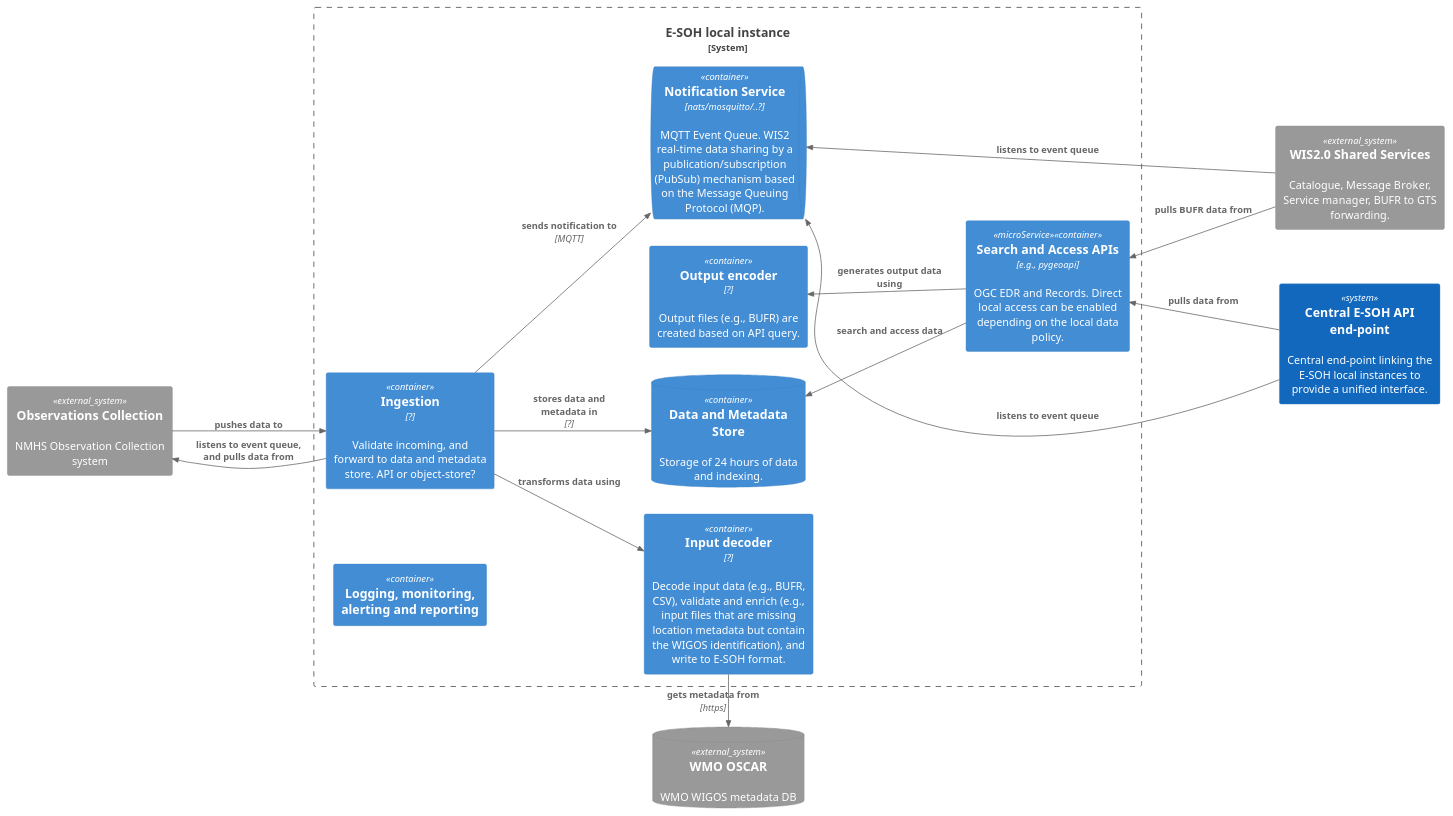
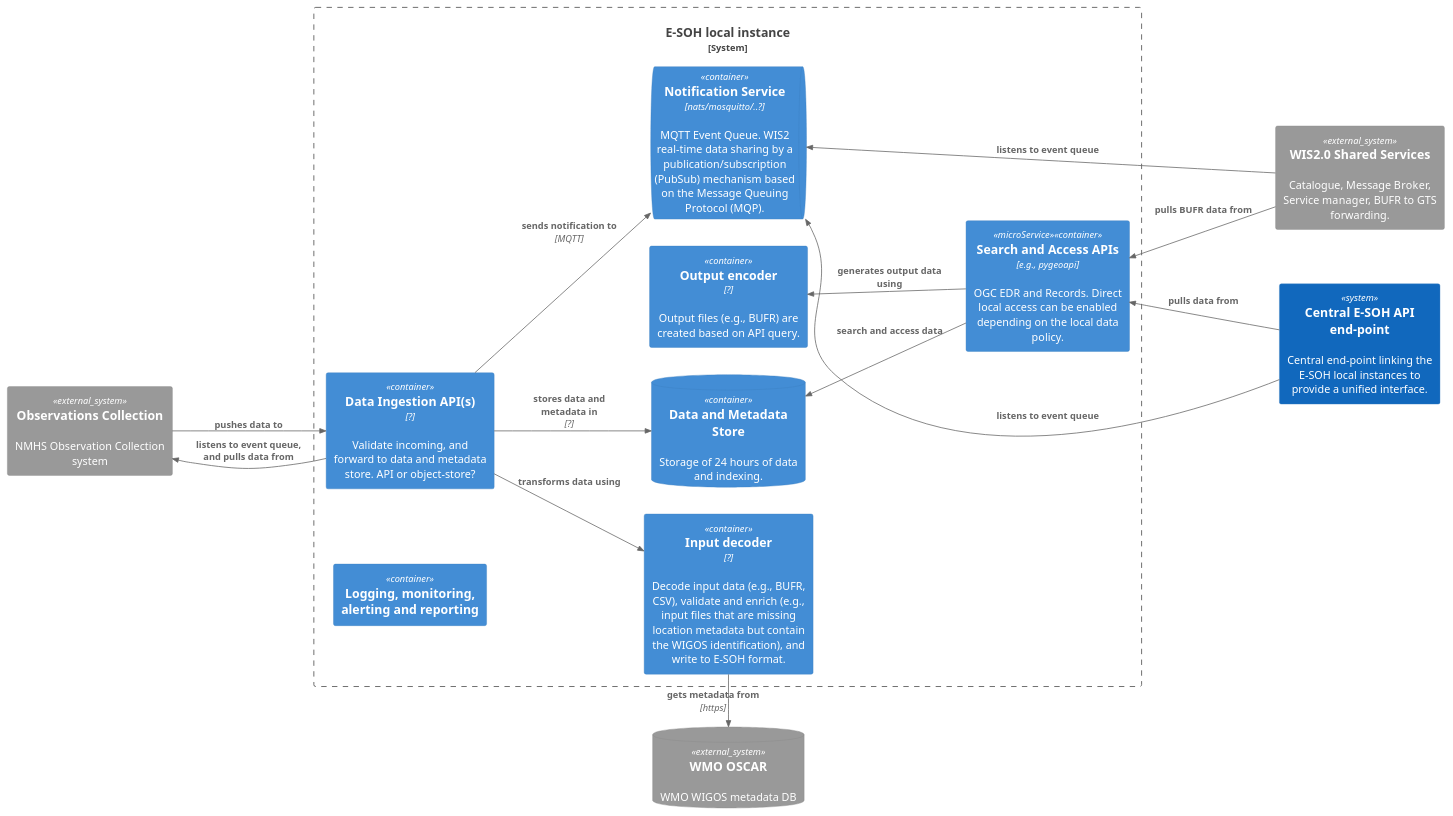
Before and after one commit to EURODEO/e-soh-technical-architecture: the diagram in source/puml/c4-container-diagram.puml, drawn with PlantUML.

Commit message:
minor title update of ingestion container

```diff
--- a/source/puml/c4-container-diagram.puml
+++ b/source/puml/c4-container-diagram.puml
@@ -1,45 +1,45 @@
 @startuml "c4-container-diagram"
 !include https://raw.githubusercontent.com/plantuml-stdlib/C4-PlantUML/master/C4_Container.puml
 
 'LAYOUT_TOP_DOWN()
 LAYOUT_LEFT_RIGHT()
 
 System_Ext(wis2shared, "WIS2.0 Shared Services", "Catalogue, Message Broker, Service manager, BUFR to GTS forwarding.")
 SystemDb_Ext(oscar, "WMO OSCAR", "WMO WIGOS metadata DB")
 System_Ext(obscoll,"Observations Collection", "NMHS Observation Collection system")
 System(centralapi, "Central E-SOH API end-point", "Central end-point linking the E-SOH local instances to provide a unified interface.")
 
 System_Boundary(esoh, "E-SOH local instance"){
     ContainerQueue(queue, "Notification Service", "nats/mosquitto/..?", "MQTT Event Queue. WIS2 real-time data sharing by a publication/subscription (PubSub) mechanism based on the Message Queuing Protocol (MQP).")
 
     Container(queries, "Search and Access APIs", "e.g., pygeoapi", "OGC EDR and Records. Direct local access can be enabled depending on the local data policy.", $tags = "microService")
 
-    Container(ingestion, "Ingestion", "?", "Validate incoming, and forward to data and metadata store. API or object-store?")
+    Container(ingestion, "Data Ingestion API(s)", "?", "Validate incoming, and forward to data and metadata store. API or object-store?")
     Container(decoder, "Input decoder", "?", "Decode input data (e.g., BUFR, CSV), validate and enrich (e.g., input files that are missing location metadata but contain the WIGOS identification), and write to E-SOH format.")
 
     Container(output_encoder, "Output encoder", "?", "Output files (e.g., BUFR) are created based on API query.")
     Container(lmar, "Logging, monitoring, alerting and reporting", "")
 
 
     ContainerDb(store, "Data and Metadata Store", "", "Storage of 24 hours of data and indexing.")
 
 }
 
 Rel_D(obscoll, ingestion, "pushes data to")
 Rel_U(ingestion, obscoll, "listens to event queue, and pulls data from")
 Rel(ingestion, decoder, "transforms data using", "")
 Rel_L(decoder, oscar, "gets metadata from", "https")
 
 Rel_U(wis2shared, queries, "pulls BUFR data from")
 Rel_U(wis2shared, queue, "listens to event queue")
 
 Rel_U(queries, output_encoder, "generates output data using")
 Rel_U(centralapi, queries, "pulls data from")
 Rel_U(centralapi, queue, "listens to event queue")
 
 Rel(ingestion, store, "stores data and metadata in", "?")
 Rel(ingestion, queue, "sends notification to", "MQTT")
 
 Rel_U(queries, store, "search and access data")
 
 @enduml
```
